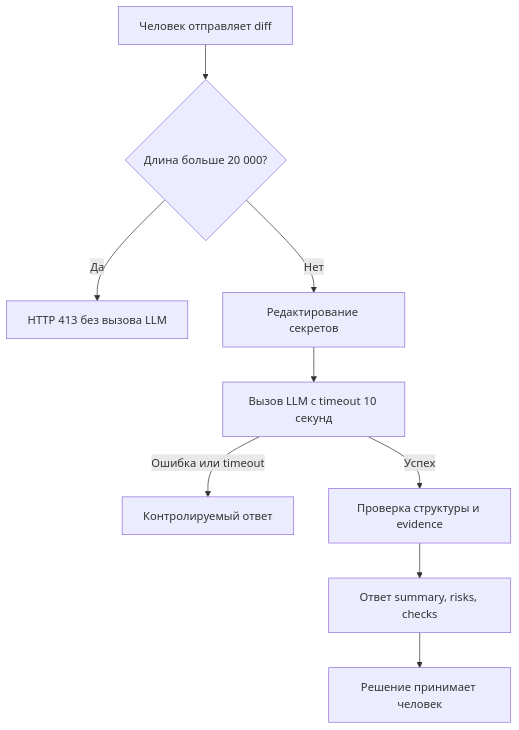
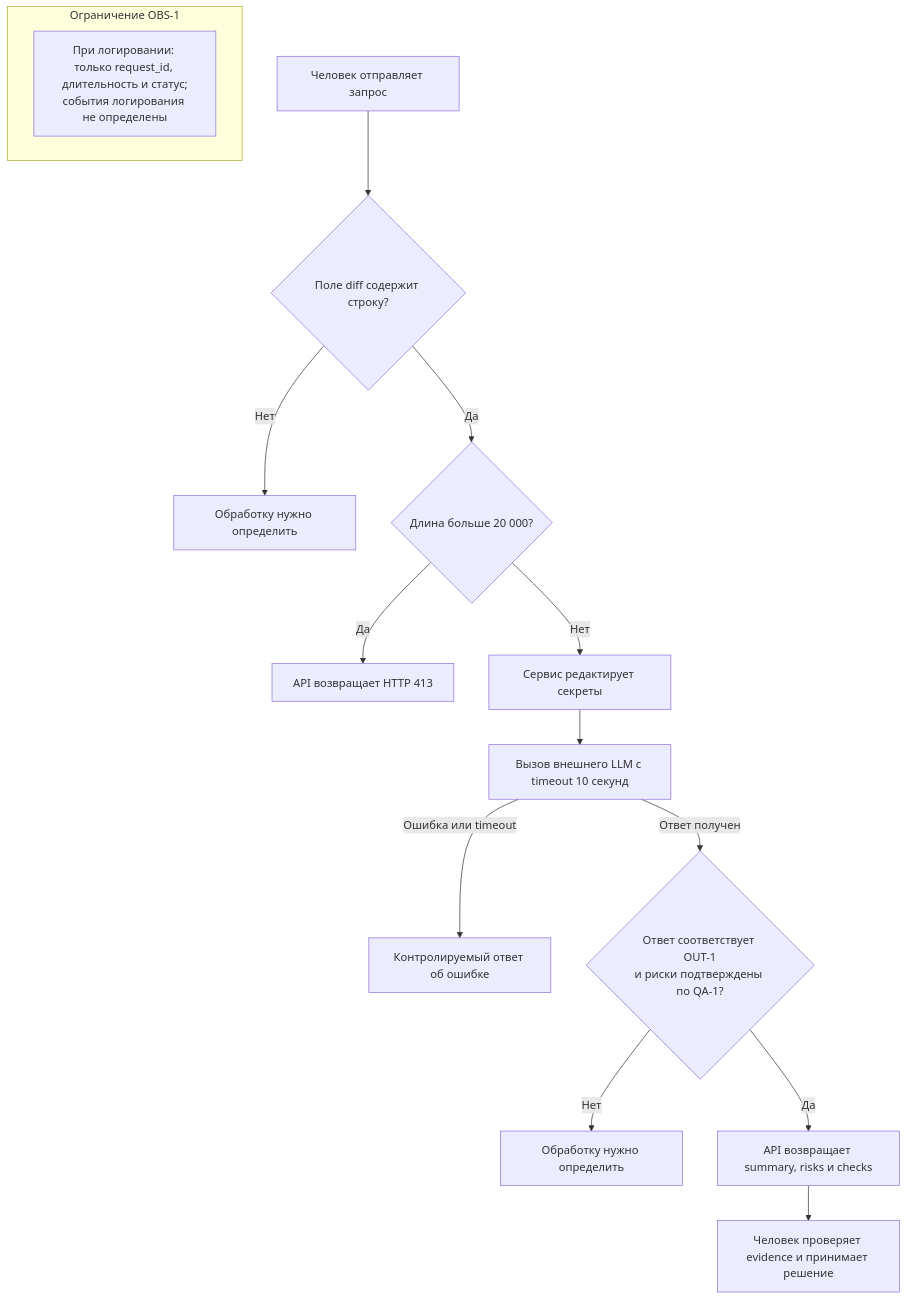
The diagram in practices/practice_01/analysis.md (ai-course-avito/ITMOv2), drawn with Mermaid before and after one commit. The commit also changed other lines of this file and 7 other files, not shown here.

````diff
--- a/practices/practice_01/analysis.md
+++ b/practices/practice_01/analysis.md
@@ -17,11 +29,17 @@
 ```mermaid
 flowchart TD
-    A[Человек отправляет diff] --> B{Длина больше 20 000?}
-    B -- Да --> C[HTTP 413 без вызова LLM]
-    B -- Нет --> D[Редактирование секретов]
-    D --> E[Вызов LLM с timeout 10 секунд]
-    E -- Ошибка или timeout --> F[Контролируемый ответ]
-    E -- Успех --> G[Проверка структуры и evidence]
-    G --> H[Ответ summary, risks, checks]
-    H --> I[Решение принимает человек]
+    A[Человек отправляет запрос] --> A1{Поле diff содержит строку?}
+    A1 -- Нет --> A2[Обработку нужно определить]
+    A1 -- Да --> B{Длина больше 20 000?}
+    B -- Да --> C[API возвращает HTTP 413]
+    B -- Нет --> D[Сервис редактирует секреты]
+    D --> E[Вызов внешнего LLM с timeout 10 секунд]
+    E -- Ошибка или timeout --> F[Контролируемый ответ об ошибке]
+    E -- Ответ получен --> G{Ответ соответствует OUT-1<br/>и риски подтверждены по QA-1?}
+    G -- Нет --> K[Обработку нужно определить]
+    G -- Да --> H[API возвращает summary, risks и checks]
+    H --> I[Человек проверяет evidence и принимает решение]
+    subgraph Logging[Ограничение OBS-1]
+        J["При логировании: только request_id, длительность и статус;<br/>события логирования не определены"]
+    end
 ```
````
